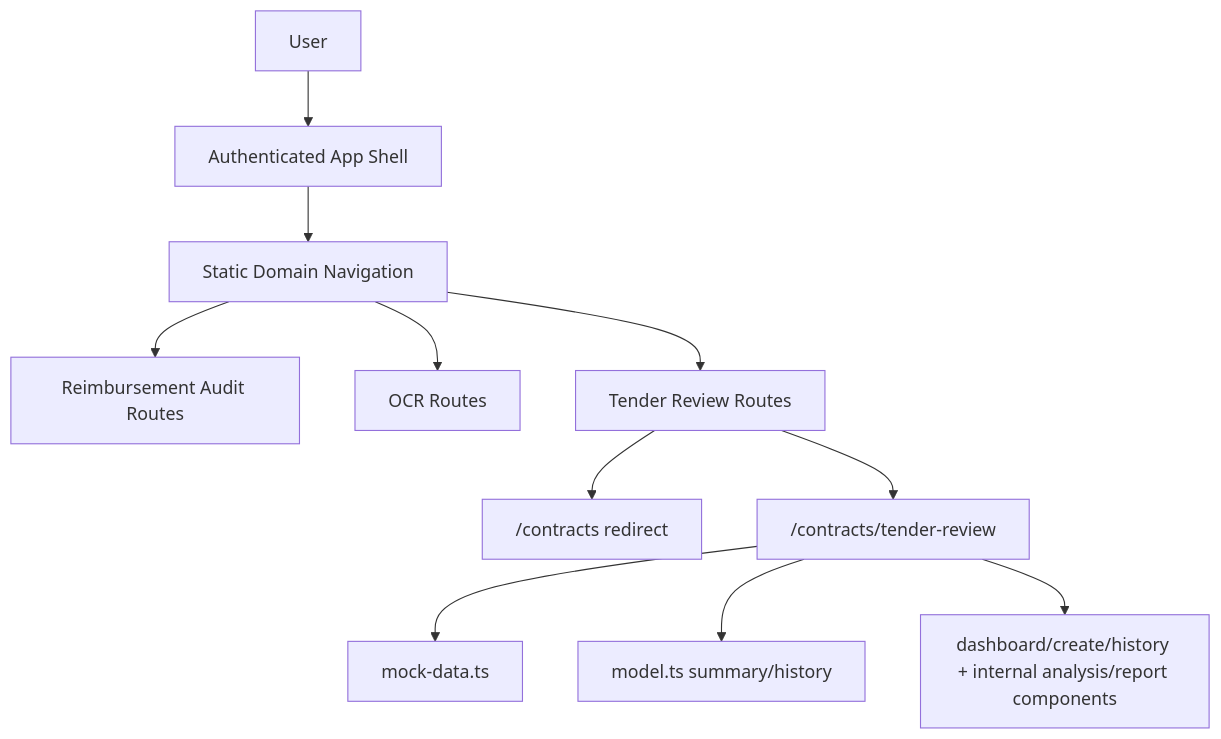
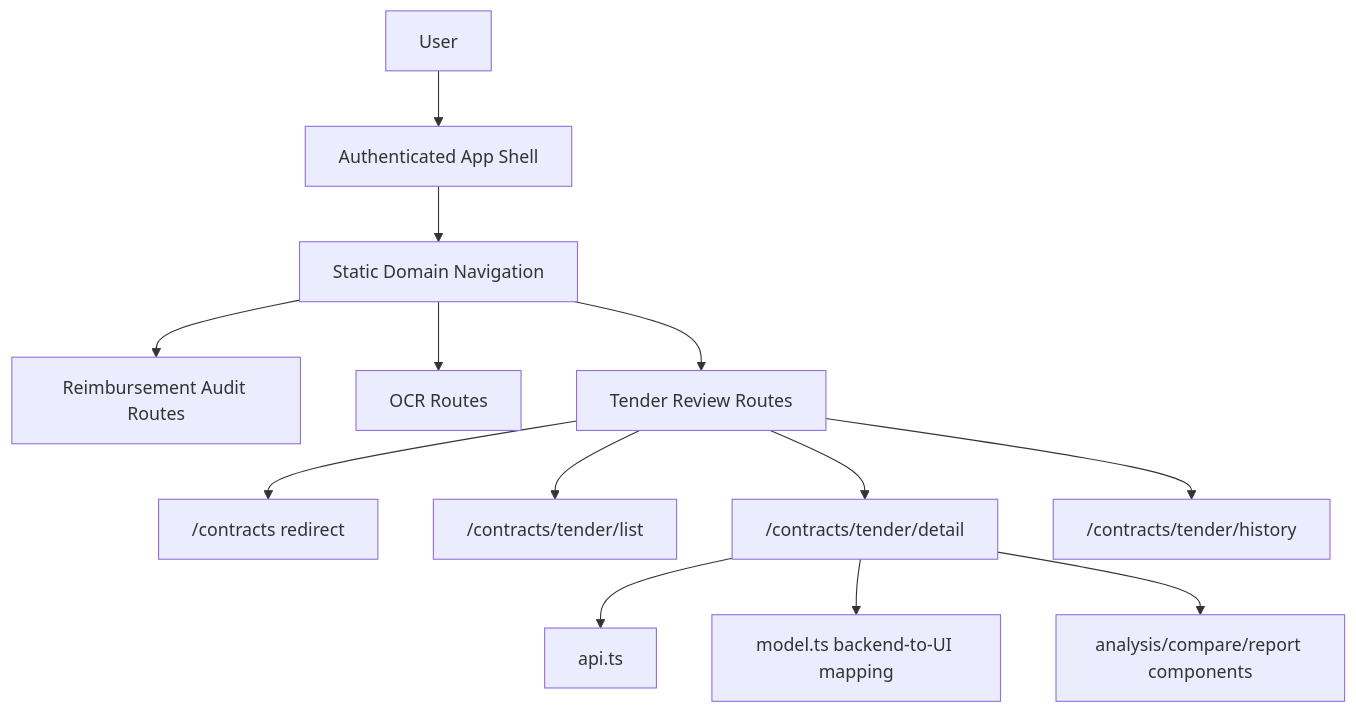
Before and after one commit to WenJunDuan/enterprise-agent-platform: the first of 2 diagrams in agent-front/.ai_state/architecture/ARCHITECTURE.md, drawn with Mermaid. The commit also changed other lines of this file and 3 other files, not shown here.

Commit message:
docs(front): record tender review frontend state

````diff
--- a/agent-front/.ai_state/architecture/ARCHITECTURE.md
+++ b/agent-front/.ai_state/architecture/ARCHITECTURE.md
@@ -15,13 +15,15 @@
 ```mermaid
 graph TD
     User["User"] --> AppShell["Authenticated App Shell"]
     AppShell --> Navigation["Static Domain Navigation"]
     Navigation --> Audit["Reimbursement Audit Routes"]
     Navigation --> OCR["OCR Routes"]
     Navigation --> Contract["Tender Review Routes"]
     Contract --> ContractRedirect["/contracts redirect"]
-    Contract --> TenderReview["/contracts/tender-review"]
-    TenderReview --> MockData["mock-data.ts"]
-    TenderReview --> Model["model.ts summary/history"]
-    TenderReview --> Views["dashboard/create/history + internal analysis/report components"]
+    Contract --> TenderList["/contracts/tender/list"]
+    Contract --> TenderDetail["/contracts/tender/detail"]
+    Contract --> TenderHistory["/contracts/tender/history"]
+    TenderDetail --> TenderAPI["api.ts"]
+    TenderDetail --> TenderModel["model.ts backend-to-UI mapping"]
+    TenderDetail --> Views["analysis/compare/report components"]
 ```
````
